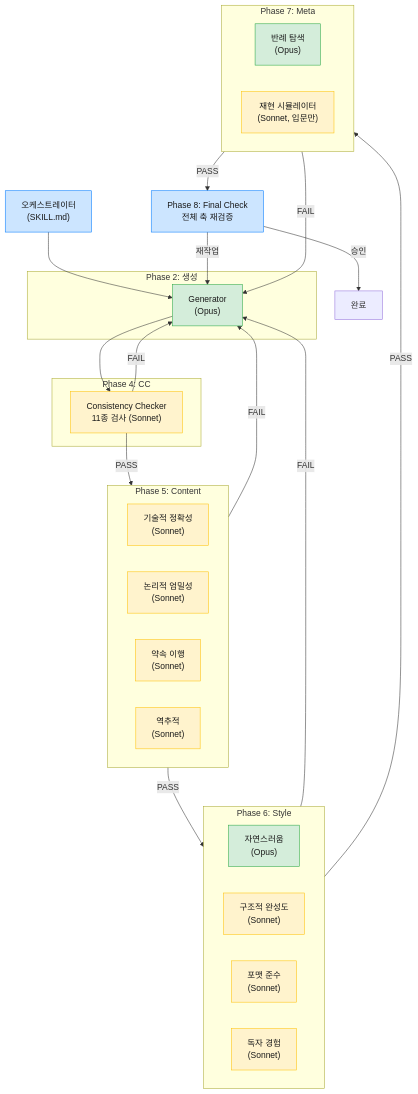
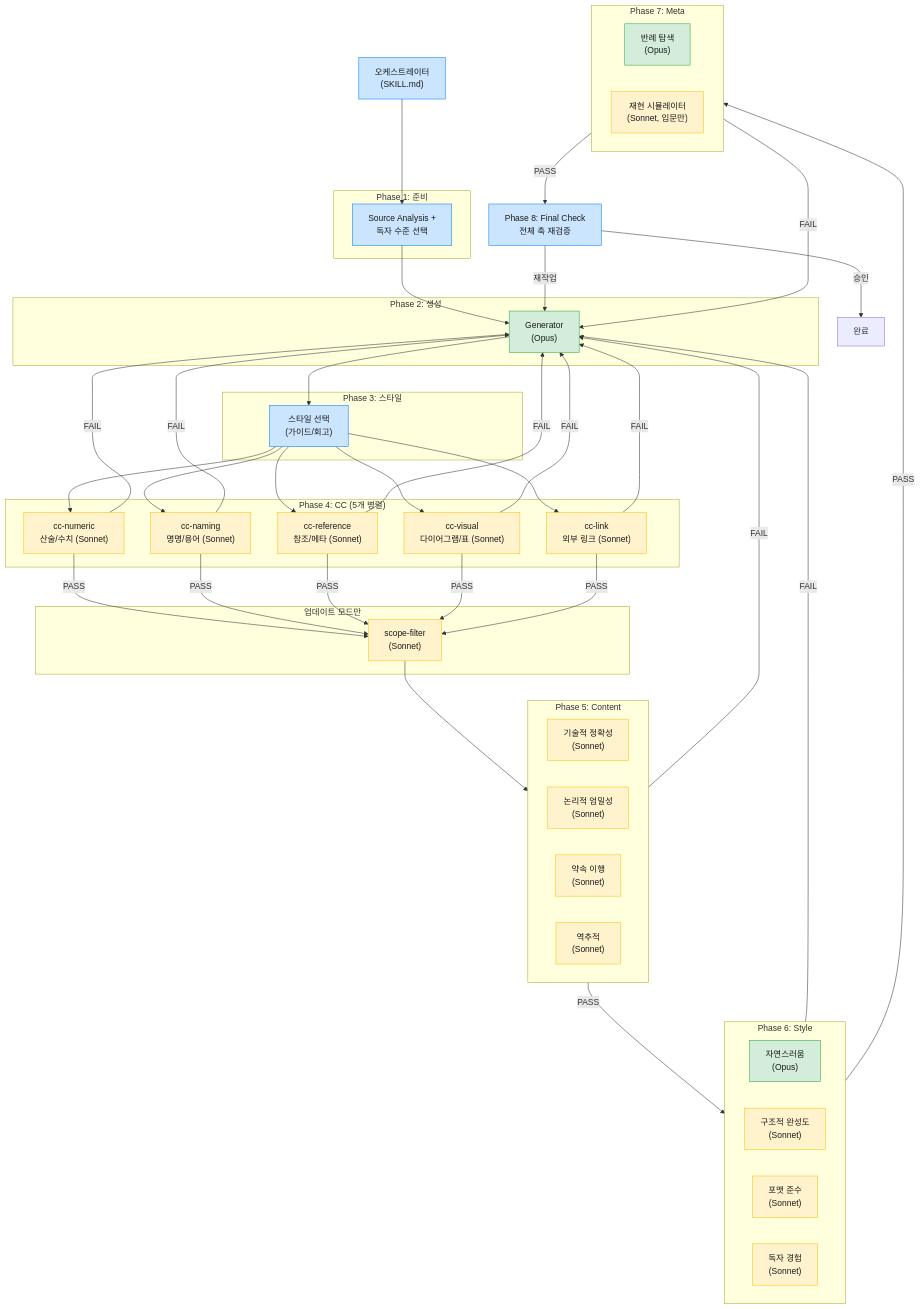
The fifth of 6 diagrams in _posts/2026-03-27-claude-code-note-skill-harness-pattern-guide.md (Epikoding/epikoding.github.io), drawn with Mermaid before and after one commit. The commit also changed other lines of this file, not shown here.

Commit message:
blog: round 1 - v3.1 섹션 추가 (CC 5분할, scope-filter, mermaid 갱신)

````diff
--- a/_posts/2026-03-27-claude-code-note-skill-harness-pattern-guide.md
+++ b/_posts/2026-03-27-claude-code-note-skill-harness-pattern-guide.md
@@ -392,51 +392,82 @@
 ```mermaid
 flowchart TB
     classDef orchestrator fill:#cce5ff,stroke:#007bff,color:#1a1a1a
     classDef opus fill:#d4edda,stroke:#28a745,color:#1a1a1a
     classDef sonnet fill:#fff3cd,stroke:#ffc107,color:#1a1a1a
     classDef reference fill:#f8f9fa,stroke:#6c757d,color:#1a1a1a
 
     ORCH["오케스트레이터<br/>(SKILL.md)"]:::orchestrator
 
+    subgraph PHASE1["Phase 1: 준비"]
+        SA["Source Analysis +<br/>독자 수준 선택"]:::orchestrator
+    end
+
     subgraph GEN_PHASE["Phase 2: 생성"]
         GEN["Generator<br/>(Opus)"]:::opus
     end
 
-    subgraph CC_PHASE["Phase 4: CC"]
-        CC["Consistency Checker<br/>11종 검사 (Sonnet)"]:::sonnet
+    subgraph PHASE3["Phase 3: 스타일"]
+        STYLE_SEL["스타일 선택<br/>(가이드/회고)"]:::orchestrator
+    end
+
+    subgraph CC_PHASE["Phase 4: CC (5개 병렬)"]
+        CC1["cc-numeric<br/>산술/수치 (Sonnet)"]:::sonnet
+        CC2["cc-naming<br/>명명/용어 (Sonnet)"]:::sonnet
+        CC3["cc-reference<br/>참조/메타 (Sonnet)"]:::sonnet
+        CC4["cc-visual<br/>다이어그램/표 (Sonnet)"]:::sonnet
+        CC5["cc-link<br/>외부 링크 (Sonnet)"]:::sonnet
+    end
+
+    subgraph SCOPE["업데이트 모드만"]
+        SF["scope-filter<br/>(Sonnet)"]:::sonnet
     end
 
     subgraph CONTENT["Phase 5: Content"]
         E1["기술적 정확성<br/>(Sonnet)"]:::sonnet
         E2["논리적 엄밀성<br/>(Sonnet)"]:::sonnet
         E3["약속 이행<br/>(Sonnet)"]:::sonnet
         E4["역추적<br/>(Sonnet)"]:::sonnet
     end
 
     subgraph STYLE["Phase 6: Style"]
         E5["자연스러움<br/>(Opus)"]:::opus
         E6["구조적 완성도<br/>(Sonnet)"]:::sonnet
         E7["포맷 준수<br/>(Sonnet)"]:::sonnet
         E8["독자 경험<br/>(Sonnet)"]:::sonnet
     end
 
     subgraph META["Phase 7: Meta"]
         E9["반례 탐색<br/>(Opus)"]:::opus
         E10["재현 시뮬레이터<br/>(Sonnet, 입문만)"]:::sonnet
     end
 
     FINAL["Phase 8: Final Check<br/>전체 축 재검증"]:::orchestrator
 
-    ORCH --> GEN
-    GEN --> CC
-    CC -->|FAIL| GEN
-    CC -->|PASS| CONTENT
+    ORCH --> SA
+    SA --> GEN
+    GEN --> STYLE_SEL
+    STYLE_SEL --> CC1
+    STYLE_SEL --> CC2
+    STYLE_SEL --> CC3
+    STYLE_SEL --> CC4
+    STYLE_SEL --> CC5
+    CC1 -->|FAIL| GEN
+    CC2 -->|FAIL| GEN
+    CC3 -->|FAIL| GEN
+    CC4 -->|FAIL| GEN
+    CC5 -->|FAIL| GEN
+    CC1 -->|PASS| SF
+    CC2 -->|PASS| SF
+    CC3 -->|PASS| SF
+    CC4 -->|PASS| SF
+    CC5 -->|PASS| SF
+    SF --> CONTENT
     CONTENT -->|FAIL| GEN
     CONTENT -->|PASS| STYLE
     STYLE -->|FAIL| GEN
     STYLE -->|PASS| META
     META -->|FAIL| GEN
     META -->|PASS| FINAL
     FINAL -->|승인| DONE["완료"]
     FINAL -->|재작업| GEN
 ```
````
